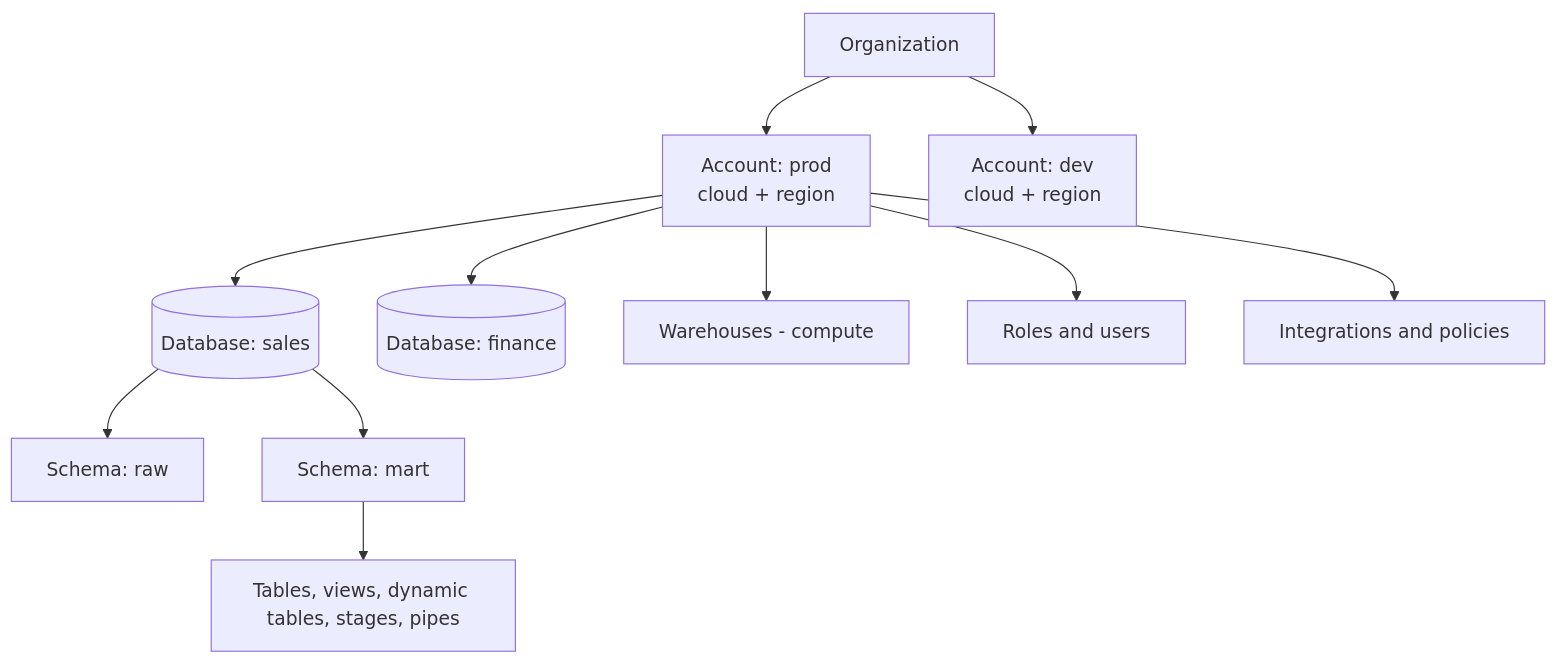
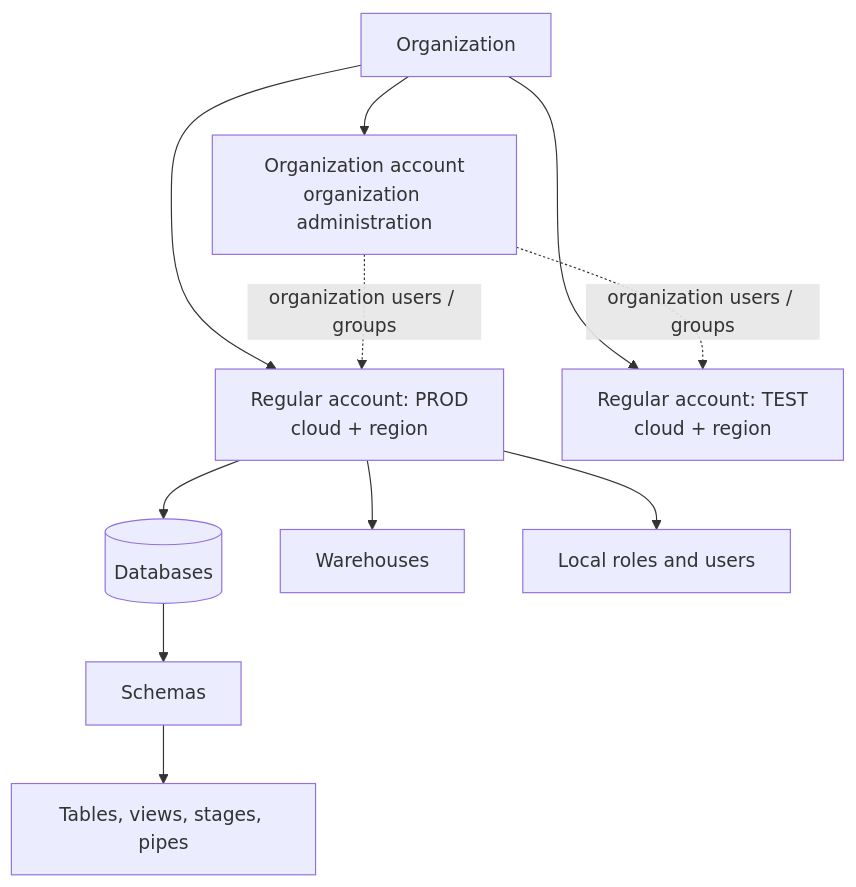
One commit to RomanSidletskyi/rs-data-platform-roadmap changed the first of 4 diagrams in 16-cloud-databases/01-snowflake/learning-materials/architecture/01_platform_account_cloud_region.md. Above: the diagram before and after it, drawn with Mermaid. The commit also changed other lines of this file and 512 other files, not shown here.

````diff
--- a/16-cloud-databases/01-snowflake/learning-materials/architecture/01_platform_account_cloud_region.md
+++ b/16-cloud-databases/01-snowflake/learning-materials/architecture/01_platform_account_cloud_region.md
@@ -24,13 +30,13 @@
 ```mermaid
 flowchart TD
-    ORG[Organization] --> A1["Account: prod<br/>cloud + region"]
-    ORG --> A2["Account: dev<br/>cloud + region"]
-    A1 --> DB1[(Database: sales)]
-    A1 --> DB2[(Database: finance)]
-    DB1 --> SC1[Schema: raw]
-    DB1 --> SC2[Schema: mart]
-    SC2 --> OBJ[Tables, views, dynamic tables, stages, pipes]
-    A1 --> WH[Warehouses - compute]
-    A1 --> RL[Roles and users]
-    A1 --> INT[Integrations and policies]
+    ORG[Organization] --> OA["Organization account<br/>organization administration"]
+    ORG --> A1["Regular account: PROD<br/>cloud + region"]
+    ORG --> A2["Regular account: TEST<br/>cloud + region"]
+    A1 --> DB1[(Databases)]
+    DB1 --> SC1[Schemas]
+    SC1 --> OBJ[Tables, views, stages, pipes]
+    A1 --> WH[Warehouses]
+    A1 --> RL[Local roles and users]
+    OA -. organization users / groups .-> A1
+    OA -. organization users / groups .-> A2
 ```
````
